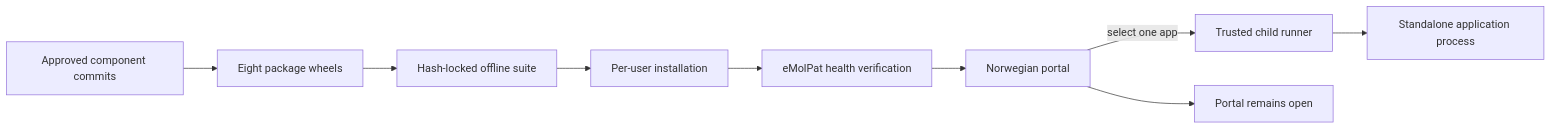
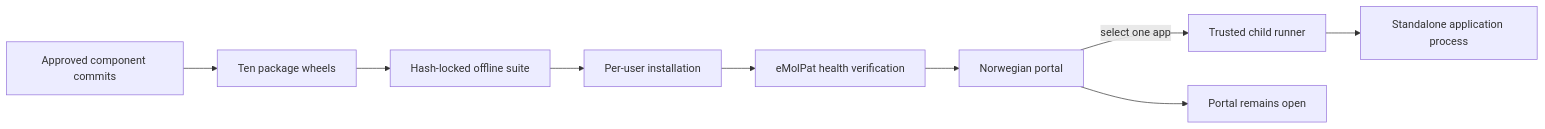
Before and after one commit to Christian-Bjornstad/eMolPat: the diagram in README.md, drawn with Mermaid. The commit also changed other lines of this file and 33 other files, not shown here.

````diff
--- a/README.md
+++ b/README.md
@@ -79,11 +96,11 @@
 ```mermaid
 flowchart LR
-    A["Approved component commits"] --> B["Eight package wheels"]
+    A["Approved component commits"] --> B["Ten package wheels"]
     B --> C["Hash-locked offline suite"]
     C --> D["Per-user installation"]
     D --> E["eMolPat health verification"]
     E --> F["Norwegian portal"]
     F -->|select one app| G["Trusted child runner"]
     G --> H["Standalone application process"]
     F --> I["Portal remains open"]
 ```
````
